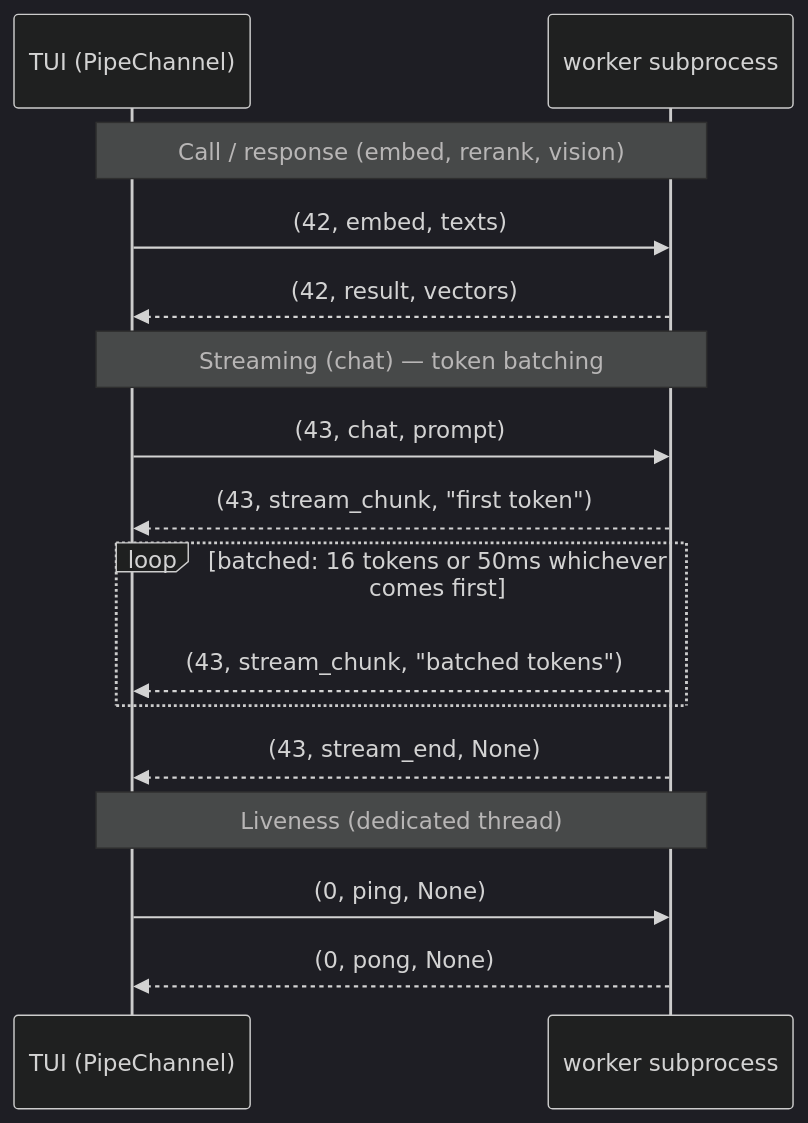
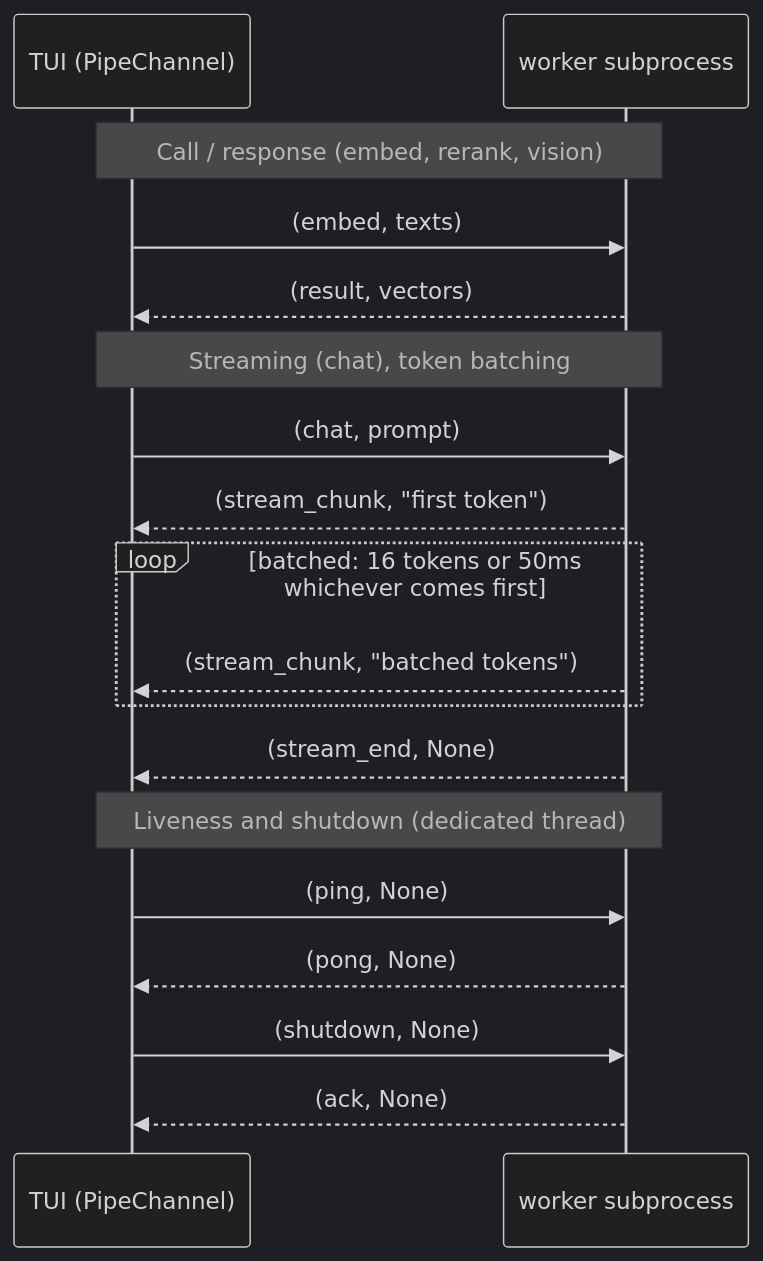
The fourth of 6 diagrams in docs/architecture.md (tobocop2/lilbee), drawn with Mermaid (dark theme) before and after one commit. The commit also changed other lines of this file and 9 other files, not shown here.

````diff
--- a/docs/architecture.md
+++ b/docs/architecture.md
@@ -165,21 +165,23 @@
 ```mermaid
 sequenceDiagram
     participant Parent as TUI (PipeChannel)
     participant Worker as worker subprocess
 
     Note over Parent,Worker: Call / response (embed, rerank, vision)
-    Parent->>Worker: (42, embed, texts)
-    Worker-->>Parent: (42, result, vectors)
+    Parent->>Worker: (embed, texts)
+    Worker-->>Parent: (result, vectors)
 
-    Note over Parent,Worker: Streaming (chat) — token batching
-    Parent->>Worker: (43, chat, prompt)
-    Worker-->>Parent: (43, stream_chunk, "first token")
+    Note over Parent,Worker: Streaming (chat), token batching
+    Parent->>Worker: (chat, prompt)
+    Worker-->>Parent: (stream_chunk, "first token")
     loop batched: 16 tokens or 50ms whichever comes first
-        Worker-->>Parent: (43, stream_chunk, "batched tokens")
+        Worker-->>Parent: (stream_chunk, "batched tokens")
     end
-    Worker-->>Parent: (43, stream_end, None)
+    Worker-->>Parent: (stream_end, None)
 
-    Note over Parent,Worker: Liveness (dedicated thread)
-    Parent->>Worker: (0, ping, None)
-    Worker-->>Parent: (0, pong, None)
+    Note over Parent,Worker: Liveness and shutdown (dedicated thread)
+    Parent->>Worker: (ping, None)
+    Worker-->>Parent: (pong, None)
+    Parent->>Worker: (shutdown, None)
+    Worker-->>Parent: (ack, None)
 ```
````
